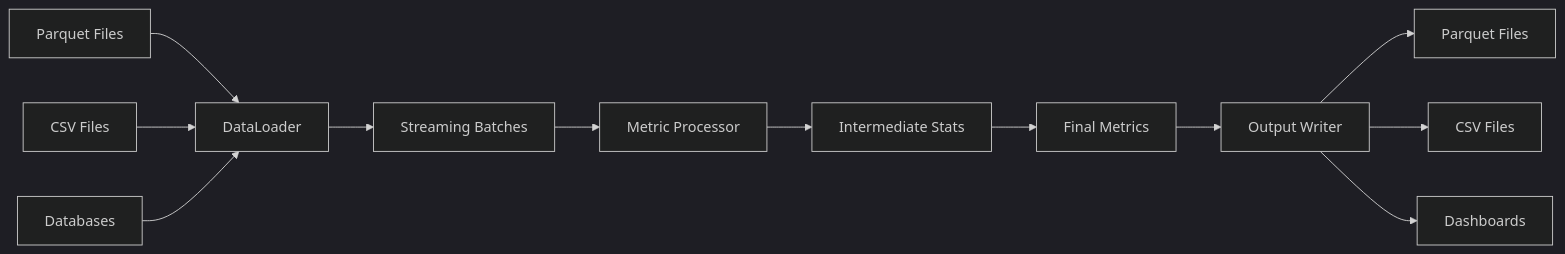
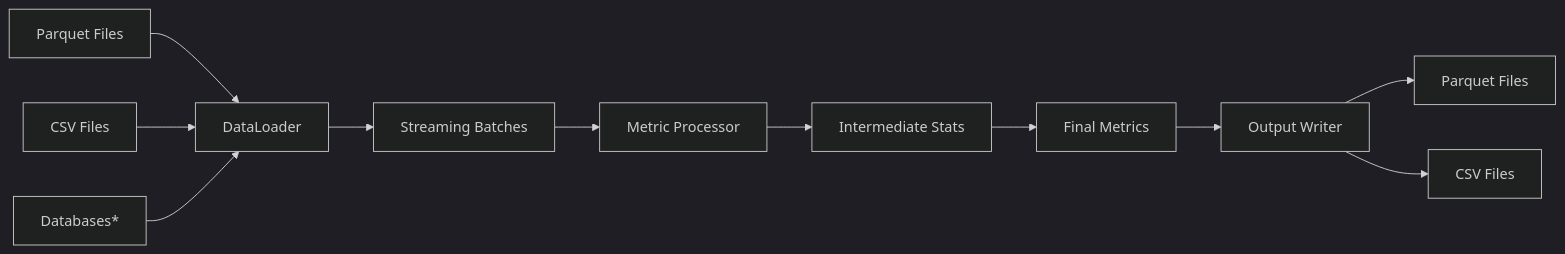
The first of 2 diagrams in docs/dqm-ml-v2.md (Safenai/dqm-ml-workspace), drawn with Mermaid (dark theme) before and after one commit. The commit also changed other lines of this file and 275 other files, not shown here.

````diff
--- a/docs/dqm-ml-v2.md
+++ b/docs/dqm-ml-v2.md
@@ -26,14 +28,13 @@
 ```mermaid
 flowchart LR
     A1[Parquet Files] --> B[DataLoader]
     A2[CSV Files] --> B
-    A3[Databases] --> B
+    A3[Databases*] --> B
     B --> C[Streaming Batches]
     C --> D[Metric Processor]
     D --> E[Intermediate Stats]
     E --> F[Final Metrics]
     F --> G[Output Writer]
     G --> H1[Parquet Files]
     G --> H2[CSV Files]
-    G --> H3[Dashboards]
 ```
````
